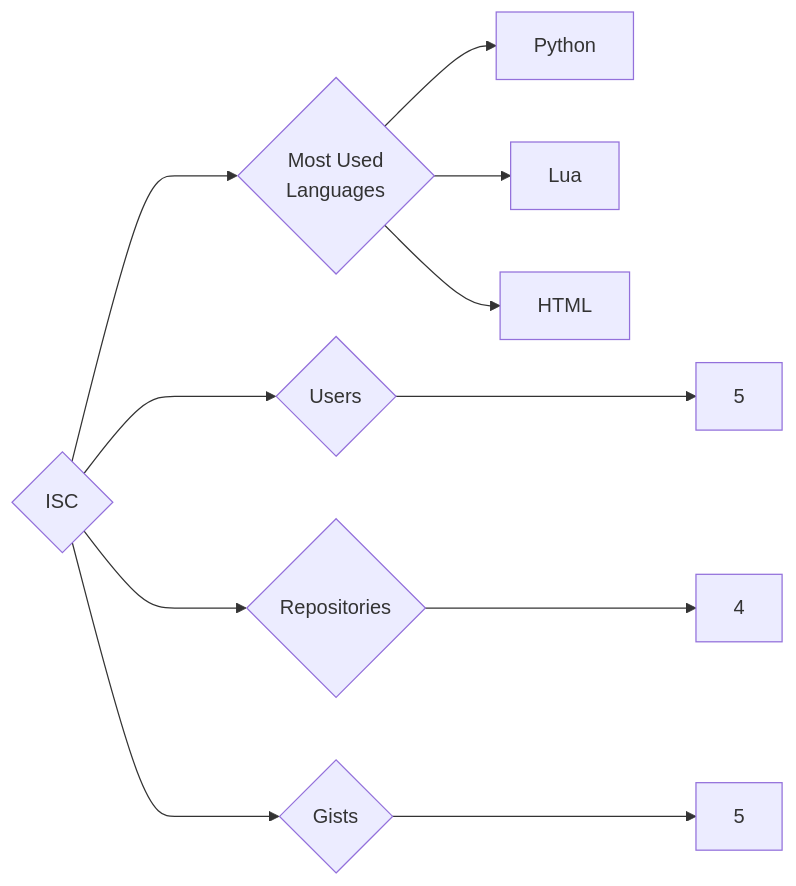
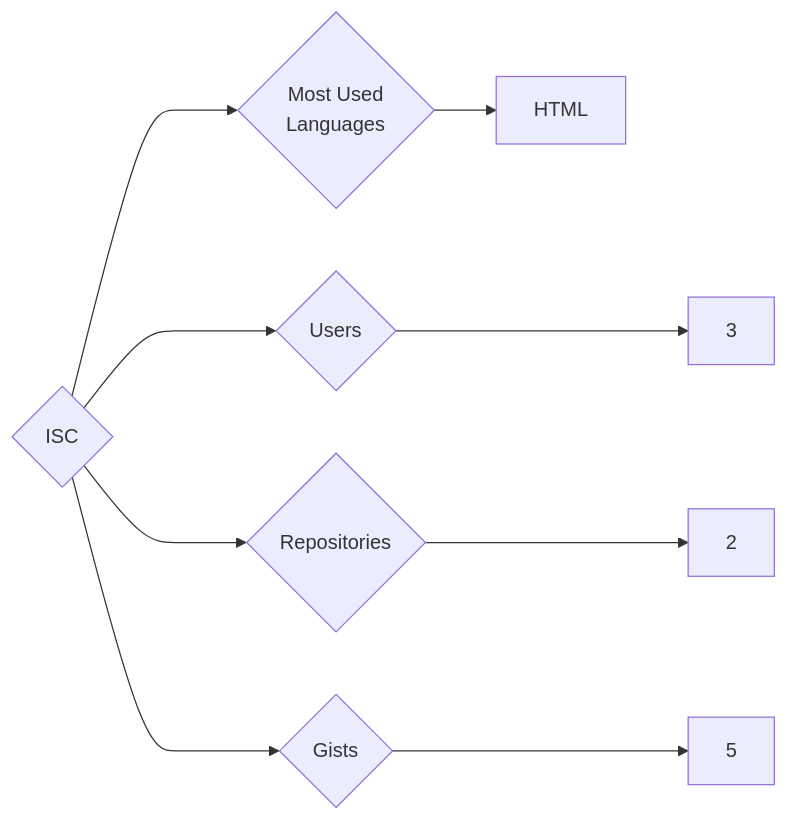
Before and after one commit to trickest/insiders: the diagram in targets/ISC/README.md, drawn with Mermaid. The commit also changed 823 other files, not shown here.

````diff
--- a/targets/ISC/README.md
+++ b/targets/ISC/README.md
@@ -3,11 +3,9 @@
 ```mermaid
 graph LR
 COMPANY_NAME{ISC}
-COMPANY_NAME ---> U{Users} ---> UN[5]
-COMPANY_NAME ---> R{Repositories} ---> RN[4]
+COMPANY_NAME ---> U{Users} ---> UN[3]
+COMPANY_NAME ---> R{Repositories} ---> RN[2]
 COMPANY_NAME ---> G{Gists} ---> GN[5]
 COMPANY_NAME ---> ML{Most Used<br>Languages}
-ML --> Python[Python]
-ML --> Lua[Lua]
 ML --> HTML[HTML]
 ```
````
